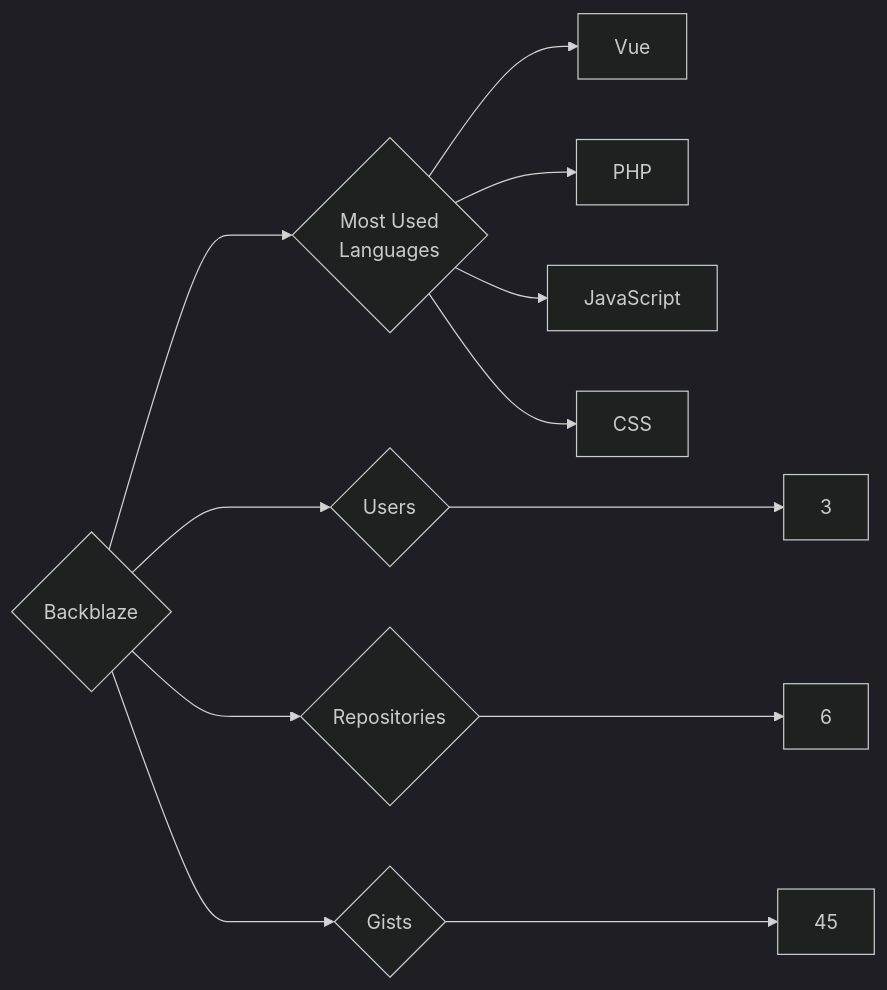
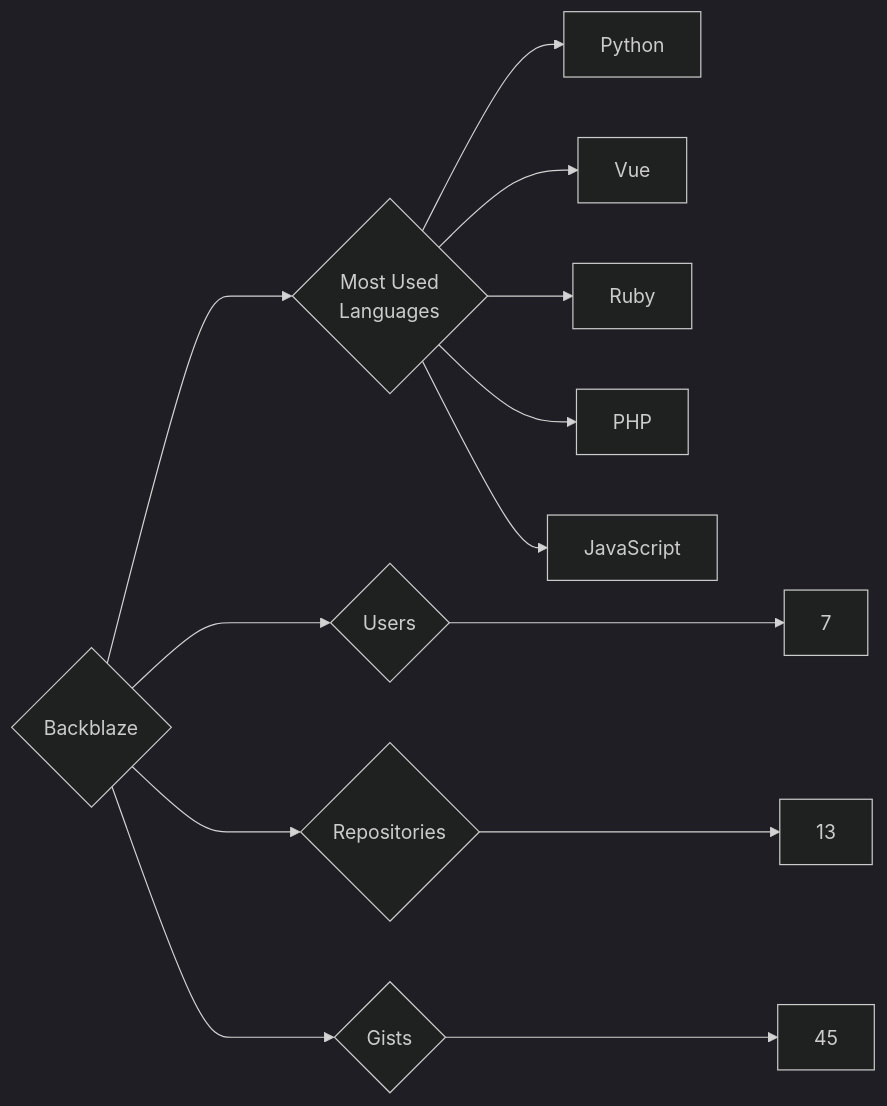
One commit to trickest/insiders changed the diagram in targets/Backblaze/README.md. Above: the diagram before and after it, drawn with Mermaid (dark theme). The commit also changed 1036 other files, not shown here.

````diff
--- a/targets/Backblaze/README.md
+++ b/targets/Backblaze/README.md
@@ -3,12 +3,13 @@
 ```mermaid
 graph LR
 COMPANY_NAME{Backblaze}
-COMPANY_NAME ---> U{Users} ---> UN[3]
-COMPANY_NAME ---> R{Repositories} ---> RN[6]
+COMPANY_NAME ---> U{Users} ---> UN[7]
+COMPANY_NAME ---> R{Repositories} ---> RN[13]
 COMPANY_NAME ---> G{Gists} ---> GN[45]
 COMPANY_NAME ---> ML{Most Used<br>Languages}
+ML --> Python[Python]
 ML --> Vue[Vue]
+ML --> Ruby[Ruby]
 ML --> PHP[PHP]
 ML --> JavaScript[JavaScript]
-ML --> CSS[CSS]
 ```
````
